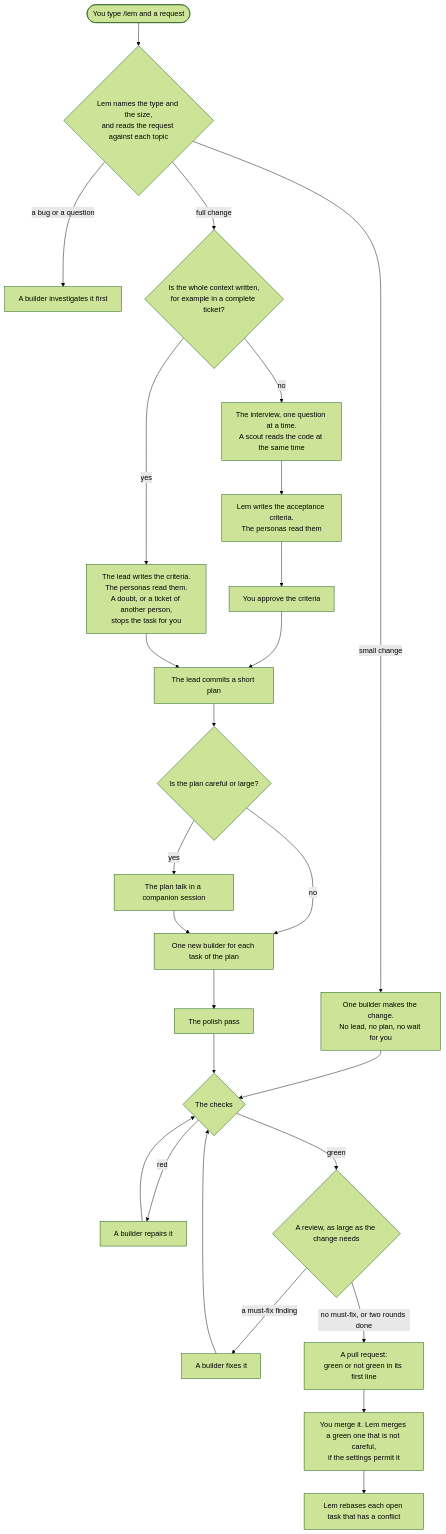
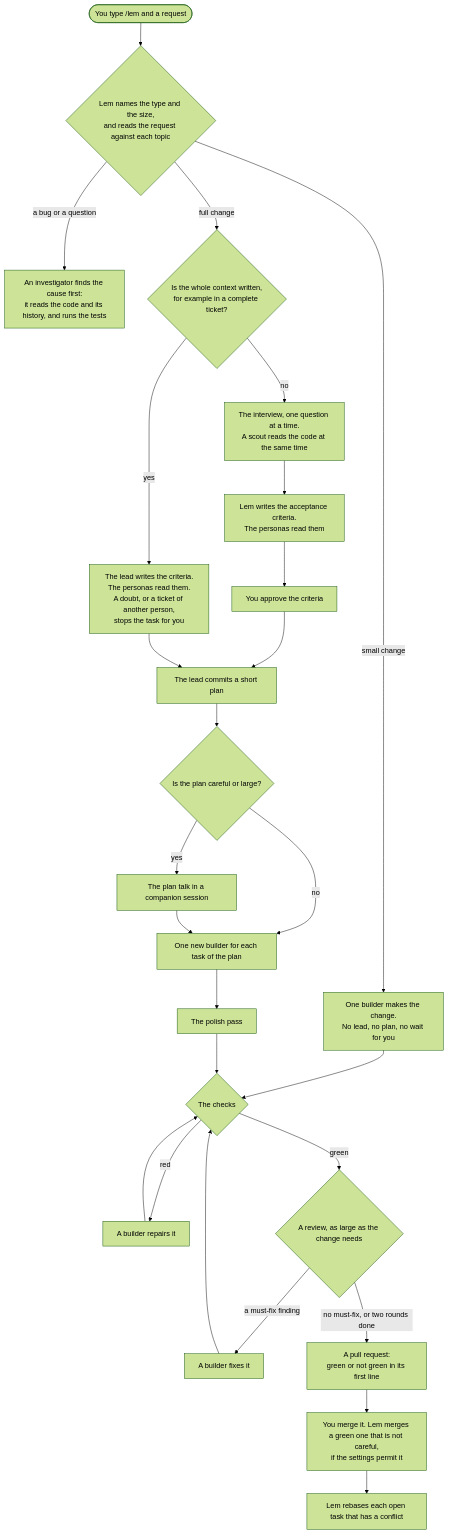
The first of 2 diagrams in docs/flow.md (pySilver/lem), drawn with Mermaid (forest theme) before and after one commit. The commit also changed other lines of this file and 2 other files, not shown here.

Commit message:
docs: the diagrams and the words name the investigator and what it uses, not a builder

````diff
--- a/docs/flow.md
+++ b/docs/flow.md
@@ -7,26 +7,26 @@
 ```mermaid
 flowchart TD
     req([You type /lem and a request]) --> look{Lem names the type and the size,<br/>and reads the request against each topic}
-    look -- a bug or a question --> inv[A builder investigates it first]
+    look -- a bug or a question --> inv[An investigator finds the cause first:<br/>it reads the code and its history, and runs the tests]
     look -- small change --> small[One builder makes the change.<br/>No lead, no plan, no wait for you]
     look -- full change --> ctx{Is the whole context written,<br/>for example in a complete ticket?}
     ctx -- no --> interview[The interview, one question at a time.<br/>A scout reads the code at the same time]
     interview --> crit[Lem writes the acceptance criteria.<br/>The personas read them]
     crit --> approve[You approve the criteria]
     ctx -- yes --> leadcrit[The lead writes the criteria.<br/>The personas read them.<br/>A doubt, or a ticket of another person,<br/>stops the task for you]
     approve --> plan[The lead commits a short plan]
     leadcrit --> plan
     plan --> big{Is the plan careful or large?}
     big -- no --> build[One new builder for each task of the plan]
     big -- yes --> talk[The plan talk in a companion session]
     talk --> build
     build --> polish[The polish pass]
     small --> checks
     polish --> checks{The checks}
     checks -- red --> repair[A builder repairs it] --> checks
     checks -- green --> review{A review, as large as the change needs}
     review -- a must-fix finding --> fix[A builder fixes it] --> checks
     review -- no must-fix, or two rounds done --> pr[A pull request:<br/>green or not green in its first line]
     pr --> merge[You merge it. Lem merges a green one that is not careful,<br/>if the settings permit it]
     merge --> after[Lem rebases each open task that has a conflict]
 ```
````
